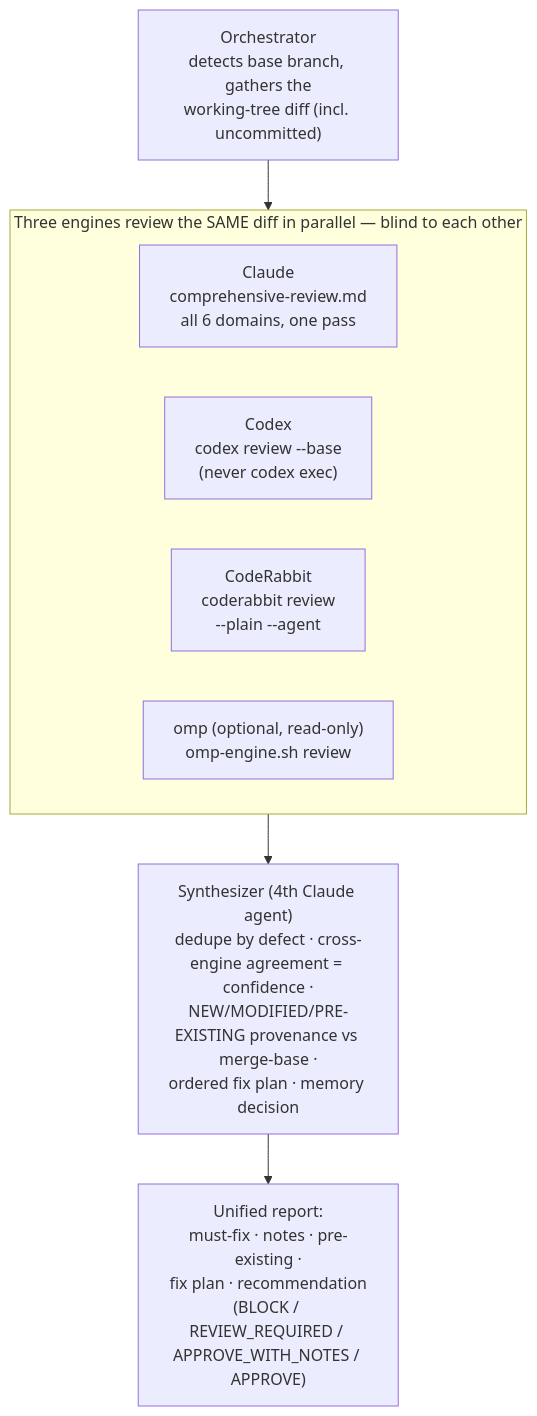
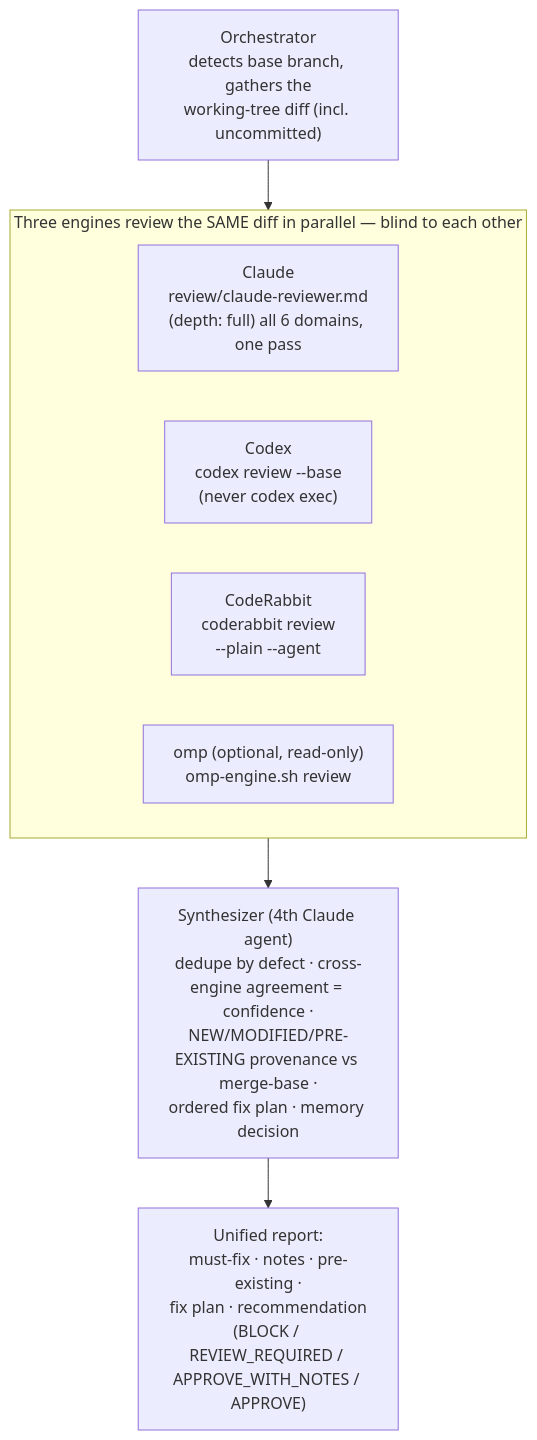
Before and after one commit to nodera-studio/agent-os: the diagram in agents/review-implementation/README.md, drawn with Mermaid. The commit also changed other lines of this file and 15 other files, not shown here.

First line of the commit message:
Merge reviewers into claude-reviewer and fold /code-review into --lean

````diff
--- a/agents/review-implementation/README.md
+++ b/agents/review-implementation/README.md
@@ -7,16 +7,16 @@
 ```mermaid
 flowchart TD
     O["Orchestrator<br/>detects base branch, gathers the<br/>working-tree diff (incl. uncommitted)"] --> ENGINES
 
     subgraph ENGINES["Three engines review the SAME diff in parallel — blind to each other"]
         direction LR
-        E1["Claude<br/>comprehensive-review.md<br/>all 6 domains, one pass"]
+        E1["Claude<br/>review/claude-reviewer.md<br/>(depth: full) all 6 domains, one pass"]
         E2["Codex<br/>codex review --base<br/>(never codex exec)"]
         E3["CodeRabbit<br/>coderabbit review<br/>--plain --agent"]
         E4["omp (optional, read-only)<br/>omp-engine.sh review"]
     end
 
     ENGINES --> SYN["Synthesizer (4th Claude agent)<br/>dedupe by defect · cross-engine agreement = confidence ·<br/>NEW/MODIFIED/PRE-EXISTING provenance vs merge-base ·<br/>ordered fix plan · memory decision"]
 
     SYN --> OUT["Unified report:<br/>must-fix · notes · pre-existing ·<br/>fix plan · recommendation<br/>(BLOCK / REVIEW_REQUIRED / APPROVE_WITH_NOTES / APPROVE)"]
 ```
````
